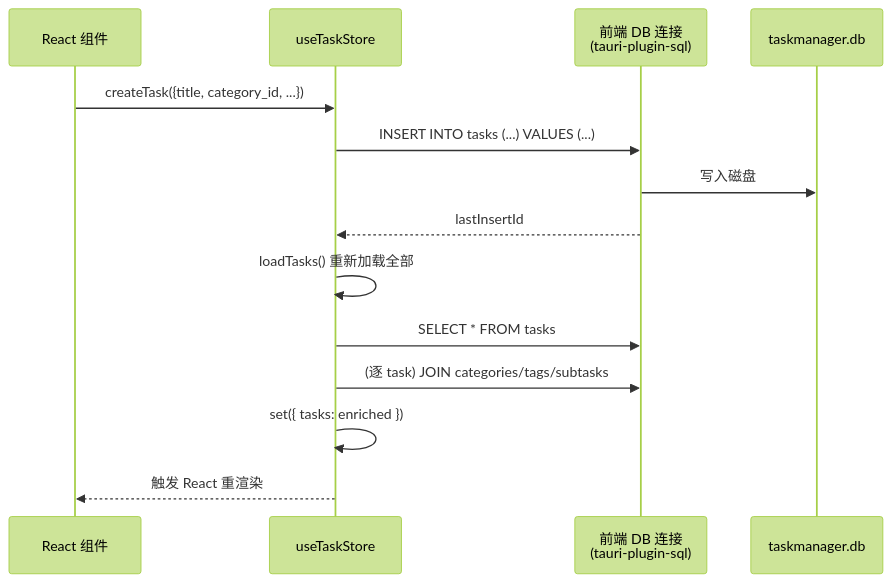
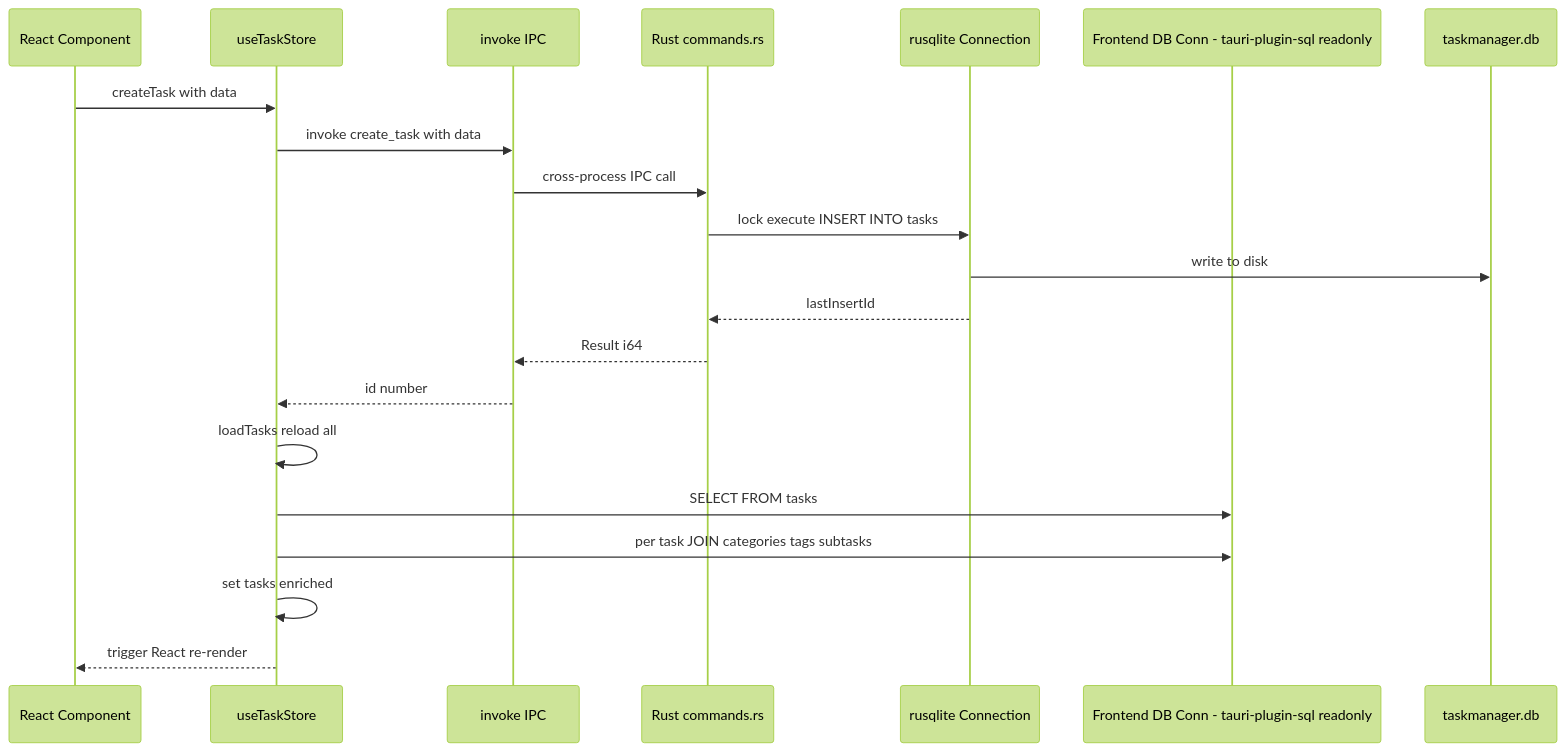
The eighth of 12 diagrams in docs/ARCHITECTURE.md (kindywu/task-manager), drawn with Mermaid (forest theme) before and after one commit. The commit also changed other lines of this file and 1 other file, not shown here.

````diff
--- a/docs/ARCHITECTURE.md
+++ b/docs/ARCHITECTURE.md
@@ -883,17 +941,24 @@
 ```mermaid
 sequenceDiagram
-    participant UI as React 组件
+    participant UI as React Component
     participant STORE as useTaskStore
-    participant FE_DB as 前端 DB 连接<br/>(tauri-plugin-sql)
+    participant INVOKE as invoke IPC
+    participant RUST as Rust commands.rs
+    participant RU_DB as rusqlite Connection
+    participant FE_DB as Frontend DB Conn - tauri-plugin-sql readonly
     participant SQLITE as taskmanager.db
 
-    UI->>STORE: createTask({title, category_id, ...})
-    STORE->>FE_DB: INSERT INTO tasks (...) VALUES (...)
-    FE_DB->>SQLITE: 写入磁盘
-    FE_DB-->>STORE: lastInsertId
-    STORE->>STORE: loadTasks() 重新加载全部
-    STORE->>FE_DB: SELECT * FROM tasks
-    STORE->>FE_DB: (逐 task) JOIN categories/tags/subtasks
-    STORE->>STORE: set({ tasks: enriched })
-    STORE-->>UI: 触发 React 重渲染
+    UI->>STORE: createTask with data
+    STORE->>INVOKE: invoke create_task with data
+    INVOKE->>RUST: cross-process IPC call
+    RUST->>RU_DB: lock execute INSERT INTO tasks
+    RU_DB->>SQLITE: write to disk
+    RU_DB-->>RUST: lastInsertId
+    RUST-->>INVOKE: Result i64
+    INVOKE-->>STORE: id number
+    STORE->>STORE: loadTasks reload all
+    STORE->>FE_DB: SELECT FROM tasks
+    STORE->>FE_DB: per task JOIN categories tags subtasks
+    STORE->>STORE: set tasks enriched
+    STORE-->>UI: trigger React re-render
 ```
````
